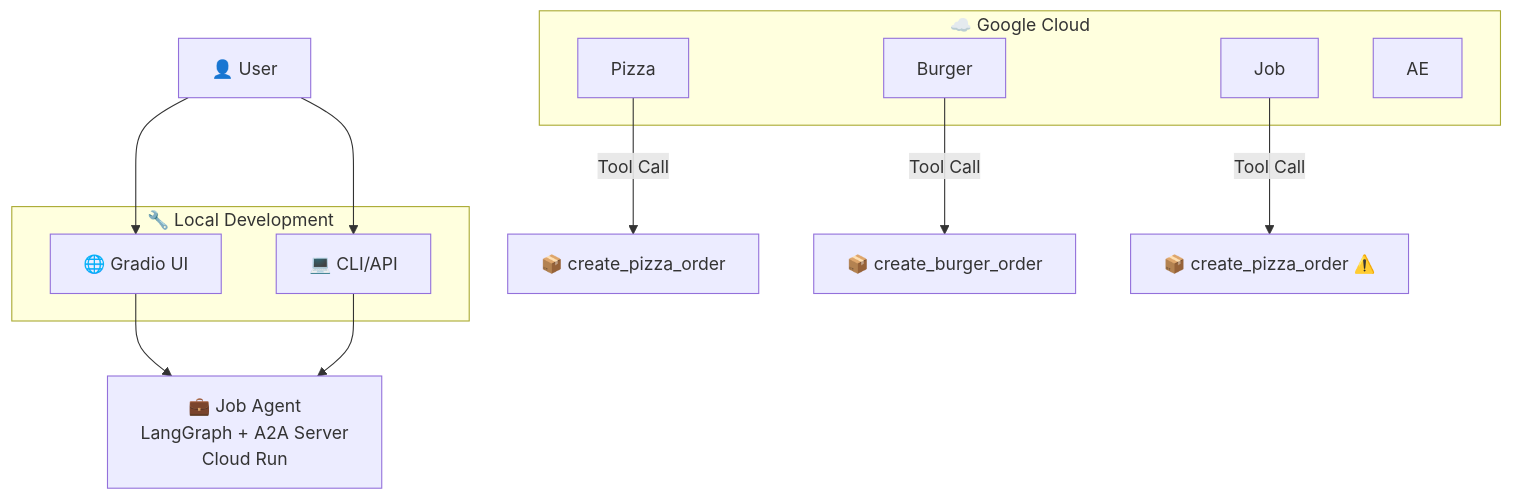
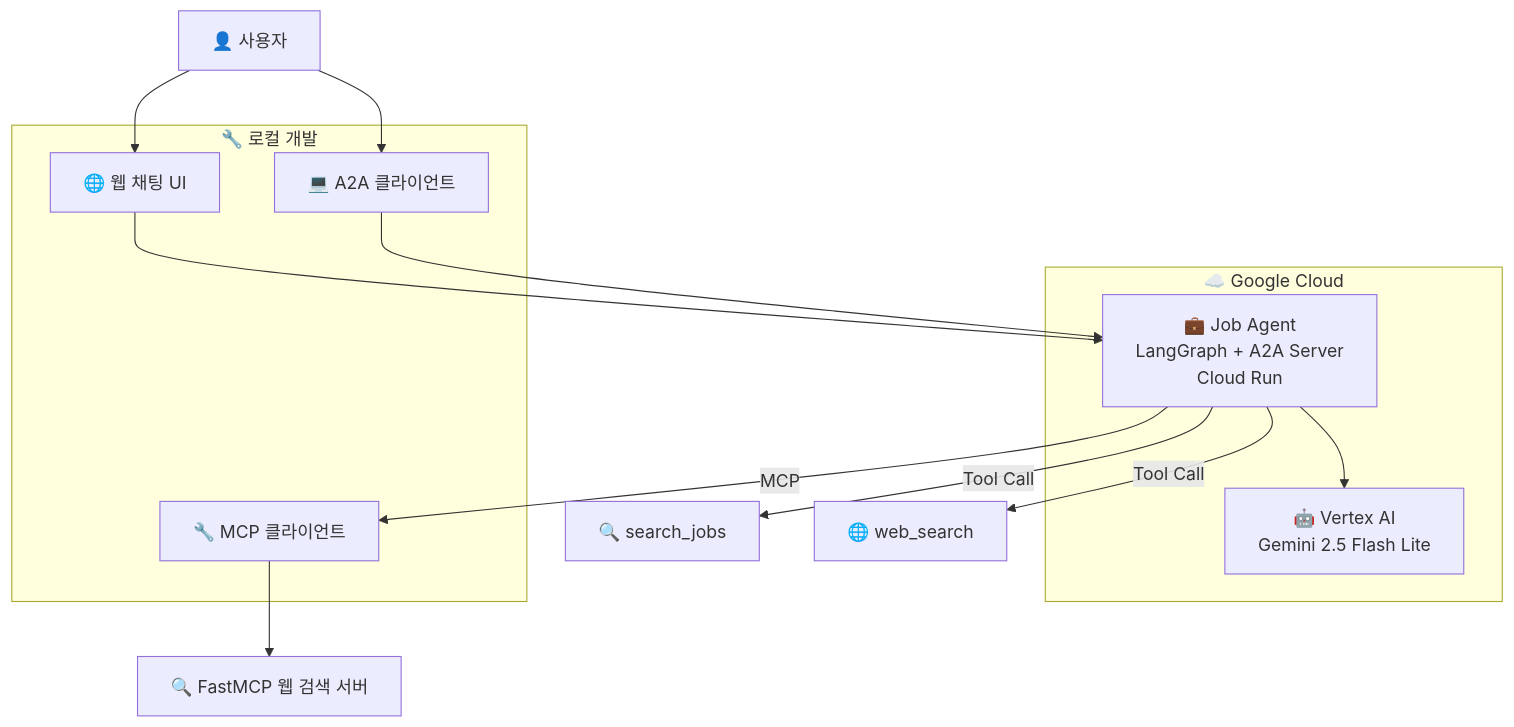
One commit to megabytekim/job_agent changed the diagram in study/project-architecture.md. Above: the diagram before and after it, drawn with Mermaid. The commit also changed other lines of this file and 57 other files, not shown here.

First line of the commit message:
refactor: Clean up job-agent directory and update documentation

````diff
--- a/study/project-architecture.md
+++ b/study/project-architecture.md
@@ -52,24 +38,27 @@
 ```mermaid
 graph TB
-    User[👤 User] --> UI[🌐 Gradio UI]
-    User --> CLI[💻 CLI/API]
+    User[👤 사용자] --> WebUI[🌐 웹 채팅 UI]
+    User --> A2AClient[💻 A2A 클라이언트]
     
-    UI --> JA[💼 Job Agent<br/>LangGraph + A2A Server<br/>Cloud Run]
-    CLI --> JA
+    WebUI --> JobAgent[💼 Job Agent<br/>LangGraph + A2A Server<br/>Cloud Run]
+    A2AClient --> JobAgent
     
-    Pizza --> |Tool Call| PizzaOrder[📦 create_pizza_order]
-    Burger --> |Tool Call| BurgerOrder[📦 create_burger_order]
-    Job --> |Tool Call| JobOrder[📦 create_pizza_order ⚠️]
+    JobAgent --> |Tool Call| JobSearch[🔍 search_jobs]
+    JobAgent --> |Tool Call| WebSearch[🌐 web_search]
+    JobAgent --> |MCP| MCPClient[🔧 MCP 클라이언트]
+    
+    MCPClient --> WebSearchServer[🔍 FastMCP 웹 검색 서버]
     
     subgraph "☁️ Google Cloud"
-        AE
-        Pizza
-        Burger
-        Job
+        JobAgent
+        VertexAI[🤖 Vertex AI<br/>Gemini 2.5 Flash Lite]
     end
     
-    subgraph "🔧 Local Development"
-        UI
-        CLI
+    subgraph "🔧 로컬 개발"
+        WebUI
+        A2AClient
+        MCPClient
     end
+    
+    JobAgent --> VertexAI
 ```
````
